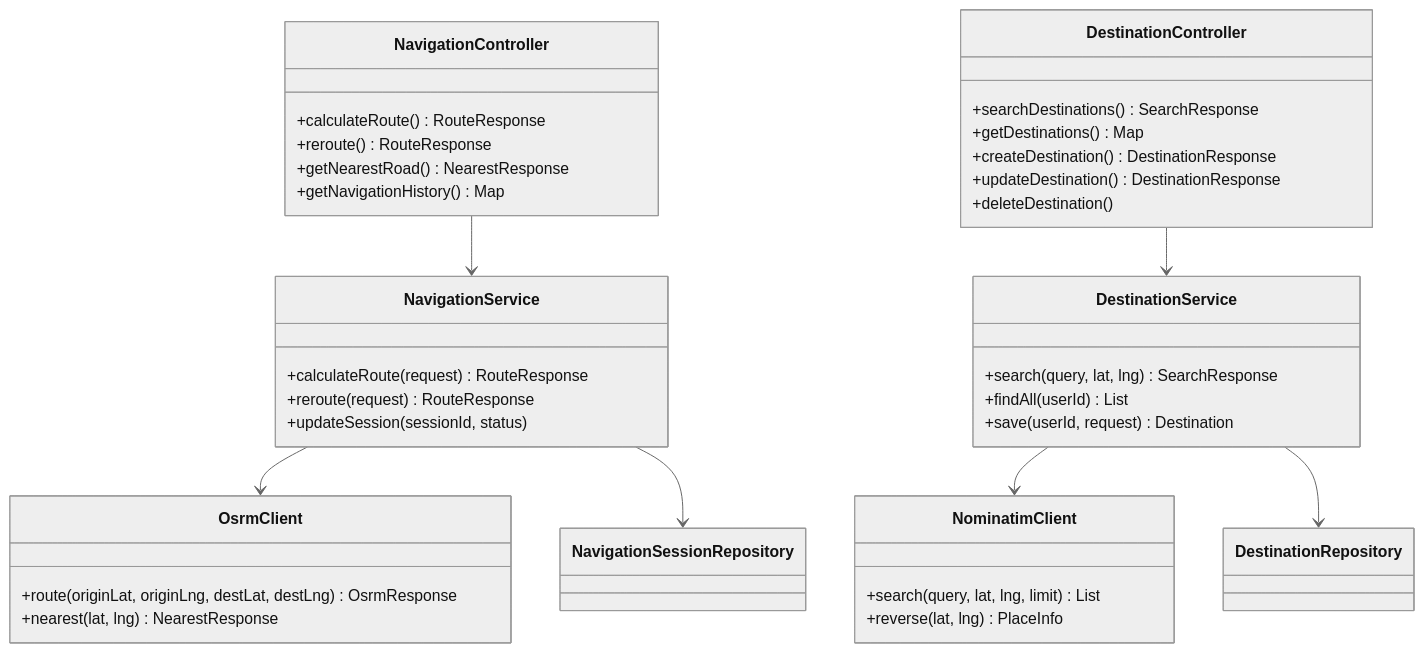
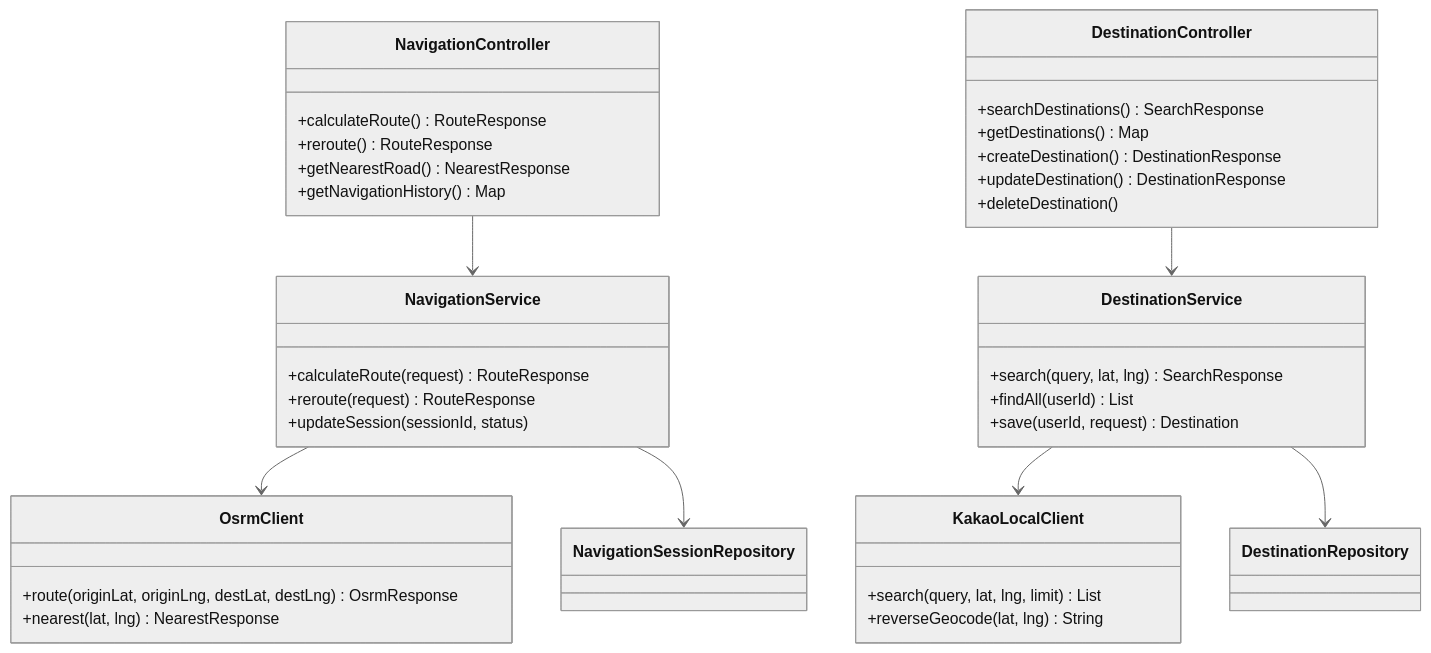
One commit to 2026TUKCOMCD/SmartWalk changed the second of 14 diagrams in design-document.md. Above: the diagram before and after it, drawn with Mermaid (neutral theme). The commit also changed other lines of this file and 20 other files, not shown here.

````diff
--- a/design-document.md
+++ b/design-document.md
@@ -132,49 +132,49 @@
 ```mermaid
 classDiagram
     class NavigationController {
         +calculateRoute() RouteResponse
         +reroute() RouteResponse
         +getNearestRoad() NearestResponse
         +getNavigationHistory() Map
     }
 
     class DestinationController {
         +searchDestinations() SearchResponse
         +getDestinations() Map
         +createDestination() DestinationResponse
         +updateDestination() DestinationResponse
         +deleteDestination()
     }
 
     class NavigationService {
         +calculateRoute(request) RouteResponse
         +reroute(request) RouteResponse
         +updateSession(sessionId, status)
     }
 
     class DestinationService {
         +search(query, lat, lng) SearchResponse
         +findAll(userId) List
         +save(userId, request) Destination
     }
 
     class OsrmClient {
         +route(originLat, originLng, destLat, destLng) OsrmResponse
         +nearest(lat, lng) NearestResponse
     }
 
-    class NominatimClient {
+    class KakaoLocalClient {
         +search(query, lat, lng, limit) List
-        +reverse(lat, lng) PlaceInfo
+        +reverseGeocode(lat, lng) String
     }
 
     class NavigationSessionRepository
     class DestinationRepository
 
     NavigationController --> NavigationService
     DestinationController --> DestinationService
     NavigationService --> OsrmClient
     NavigationService --> NavigationSessionRepository
-    DestinationService --> NominatimClient
+    DestinationService --> KakaoLocalClient
     DestinationService --> DestinationRepository
 ```
````
